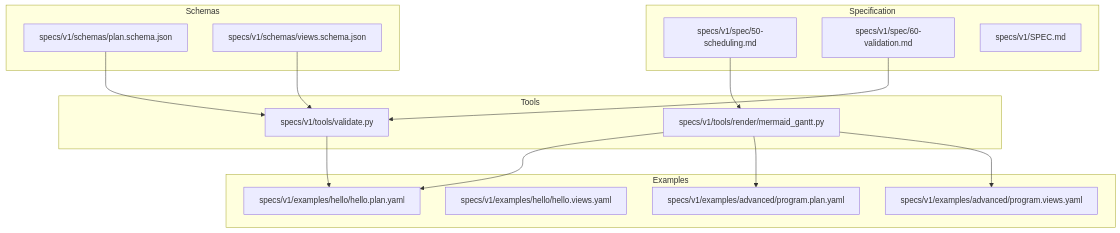
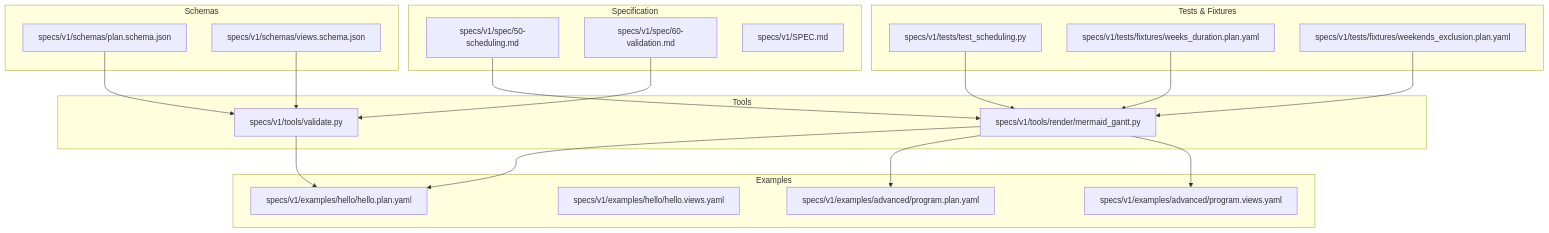
Before and after one commit to asukhodko/opskarta: the first of 6 diagrams in .qoder/repowiki/en/content/Specification Reference/Data Models/Temporal Planning and Scheduling.md, drawn with Mermaid. The commit also changed other lines of this file and 5 other files, not shown here.

````diff
--- a/.qoder/repowiki/en/content/Specification Reference/Data Models/Temporal Planning and Scheduling.md
+++ b/.qoder/repowiki/en/content/Specification Reference/Data Models/Temporal Planning and Scheduling.md
@@ -43,30 +56,38 @@
 ```mermaid
 graph TB
 subgraph "Specification"
 S1["specs/v1/spec/50-scheduling.md"]
 S2["specs/v1/spec/60-validation.md"]
 S3["specs/v1/SPEC.md"]
 end
 subgraph "Schemas"
 J1["specs/v1/schemas/plan.schema.json"]
 J2["specs/v1/schemas/views.schema.json"]
 end
 subgraph "Tools"
 T1["specs/v1/tools/validate.py"]
 T2["specs/v1/tools/render/mermaid_gantt.py"]
 end
+subgraph "Tests & Fixtures"
+TE1["specs/v1/tests/test_scheduling.py"]
+TE2["specs/v1/tests/fixtures/weeks_duration.plan.yaml"]
+TE3["specs/v1/tests/fixtures/weekends_exclusion.plan.yaml"]
+end
 subgraph "Examples"
 E1["specs/v1/examples/hello/hello.plan.yaml"]
 E2["specs/v1/examples/hello/hello.views.yaml"]
 E3["specs/v1/examples/advanced/program.plan.yaml"]
 E4["specs/v1/examples/advanced/program.views.yaml"]
 end
 S1 --> T2
 S2 --> T1
 J1 --> T1
 J2 --> T1
 T1 --> E1
 T2 --> E1
 T2 --> E3
 T2 --> E4
+TE1 --> T2
+TE2 --> T2
+TE3 --> T2
 ```
````
